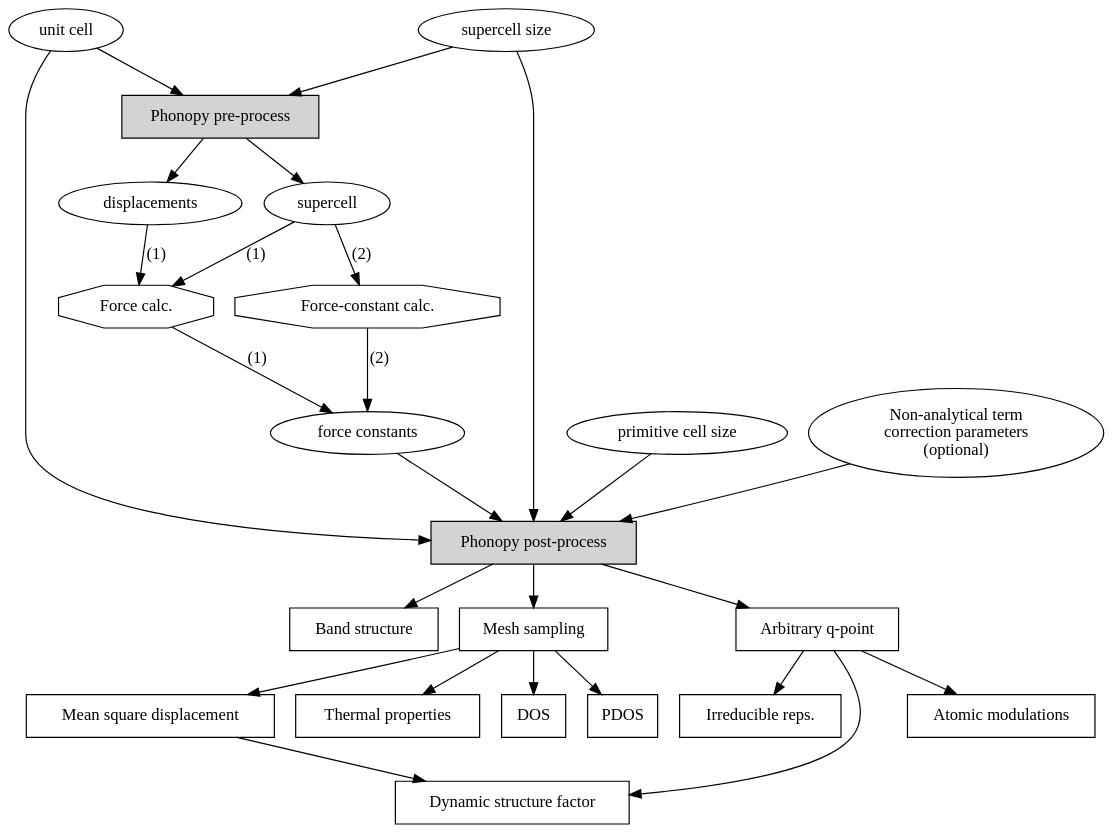
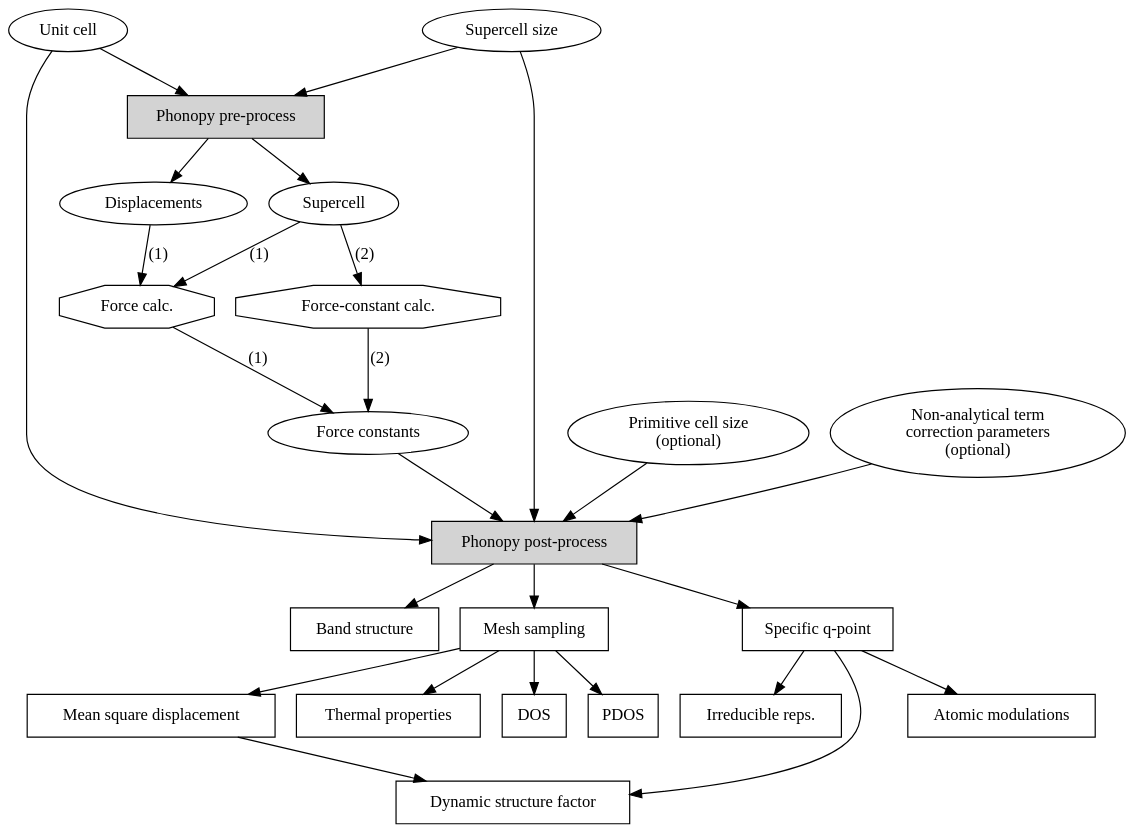
One commit to phonopy/phonopy changed the diagram in doc/_static/procedure.dot. Above: the diagram before and after it, drawn with Graphviz. The commit also changed 2 other files, not shown here.

```diff
--- a/doc/_static/procedure.dot
+++ b/doc/_static/procedure.dot
@@ -1,47 +1,47 @@
 digraph phonopy {
   graph [bgcolor=transparent];
   "Phonopy pre-process" [shape = box, style = filled];
   "Phonopy post-process" [shape = box, style = filled];
   "Force calc." [shape = octagon];
   "Force-constant calc." [shape = octagon];
   "Band structure" [shape = box];
   "Mesh sampling" [shape = box];
   "Atomic modulations" [shape = box];
   "Thermal properties" [shape = box];
   "DOS" [shape = box];
   "PDOS" [shape = box];
   "Mean square displacement" [shape = box];
-  "Arbitrary q-point" [shape = box];
+  "Specific q-point" [shape = box];
   "Irreducible reps." [shape = box];
   "Dynamic structure factor" [shape = box];
 
-  "unit cell" -> "Phonopy pre-process";
-  "supercell size" -> "Phonopy pre-process";
-  "Phonopy pre-process" -> displacements;
-  displacements -> "Force calc." [label = "(1)"];
-  "Phonopy pre-process" -> supercell;
-  supercell -> "Force calc." [label = "(1)"];
-  supercell -> "Force-constant calc." [label = "(2)"];
-  "Force calc." -> "force constants" [label = "(1)"];
-  "Force-constant calc." -> "force constants" [label = "(2)"]; 
+  "Unit cell" -> "Phonopy pre-process";
+  "Supercell size" -> "Phonopy pre-process";
+  "Phonopy pre-process" -> Displacements;
+  Displacements -> "Force calc." [label = "(1)"];
+  "Phonopy pre-process" -> Supercell;
+  Supercell -> "Force calc." [label = "(1)"];
+  Supercell -> "Force-constant calc." [label = "(2)"];
+  "Force calc." -> "Force constants" [label = "(1)"];
+  "Force-constant calc." -> "Force constants" [label = "(2)"]; 
   
-  "unit cell" -> "Phonopy post-process";
-  "supercell size" -> "Phonopy post-process";
-  "primitive cell size" -> "Phonopy post-process";
+  "Unit cell" -> "Phonopy post-process";
+  "Supercell size" -> "Phonopy post-process";
+  "Primitive cell size\n(optional)" -> "Phonopy post-process";
   "Non-analytical term\ncorrection parameters\n(optional)" -> "Phonopy post-process";
-  "force constants" -> "Phonopy post-process";
+  "Force constants" -> "Phonopy post-process";
 
   "Phonopy post-process" -> "Band structure";
   "Phonopy post-process" -> "Mesh sampling";
-  "Phonopy post-process" -> "Arbitrary q-point";
+  "Phonopy post-process" -> "Specific q-point";
 
   "Mesh sampling" -> "DOS";
   "Mesh sampling" -> "PDOS";
   "Mesh sampling" -> "Thermal properties";
   "Mesh sampling" -> "Mean square displacement";
 
   "Mean square displacement" -> "Dynamic structure factor";
-  "Arbitrary q-point" -> "Dynamic structure factor";
-  "Arbitrary q-point" -> "Atomic modulations";
-  "Arbitrary q-point" -> "Irreducible reps.";
+  "Specific q-point" -> "Dynamic structure factor";
+  "Specific q-point" -> "Atomic modulations";
+  "Specific q-point" -> "Irreducible reps.";
 }
```
